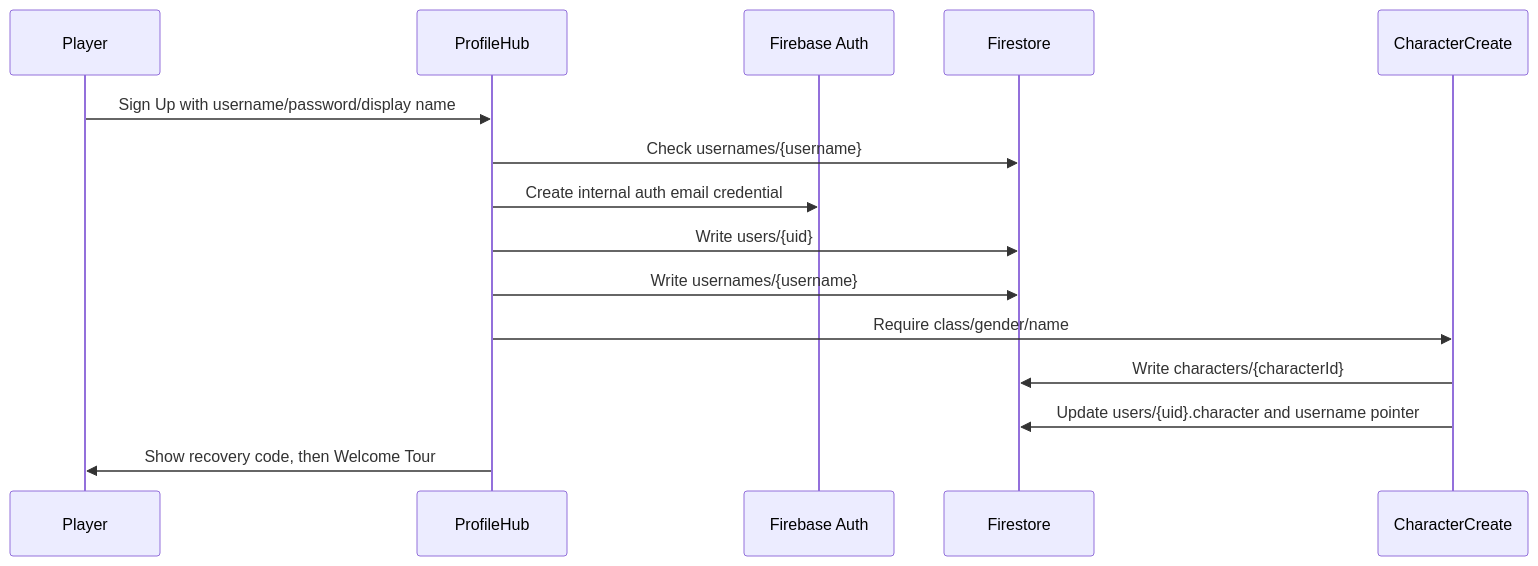
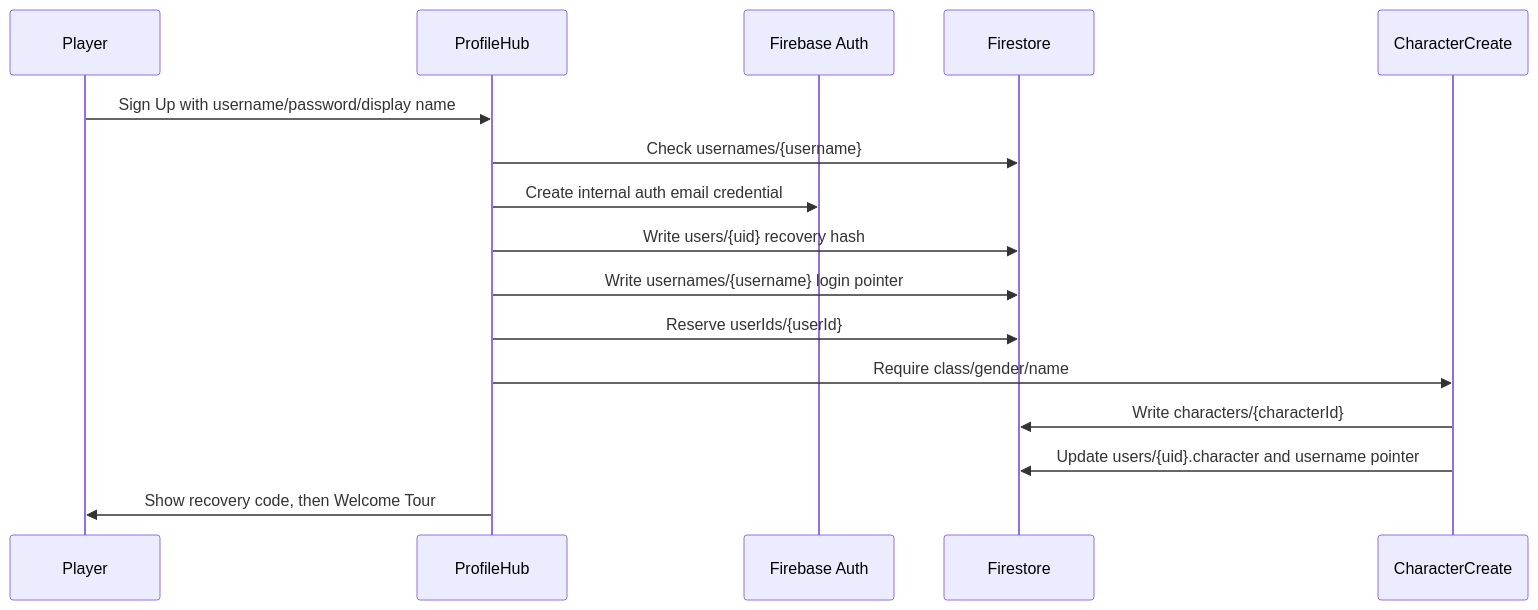
The fourth of 17 diagrams in SITE_MAP_AND_INTERACTIONS.md (purichw/coin-quest-ledger), drawn with Mermaid before and after one commit. The commit also changed other lines of this file and 22 other files, not shown here.

````diff
--- a/SITE_MAP_AND_INTERACTIONS.md
+++ b/SITE_MAP_AND_INTERACTIONS.md
@@ -144,18 +144,19 @@
 ```mermaid
 sequenceDiagram
   participant Player
   participant ProfileHub
   participant Auth as Firebase Auth
   participant DB as Firestore
   participant CharacterCreate
 
   Player->>ProfileHub: Sign Up with username/password/display name
   ProfileHub->>DB: Check usernames/{username}
   ProfileHub->>Auth: Create internal auth email credential
-  ProfileHub->>DB: Write users/{uid}
-  ProfileHub->>DB: Write usernames/{username}
+  ProfileHub->>DB: Write users/{uid} recovery hash
+  ProfileHub->>DB: Write usernames/{username} login pointer
+  ProfileHub->>DB: Reserve userIds/{userId}
   ProfileHub->>CharacterCreate: Require class/gender/name
   CharacterCreate->>DB: Write characters/{characterId}
   CharacterCreate->>DB: Update users/{uid}.character and username pointer
   ProfileHub->>Player: Show recovery code, then Welcome Tour
 ```
````
